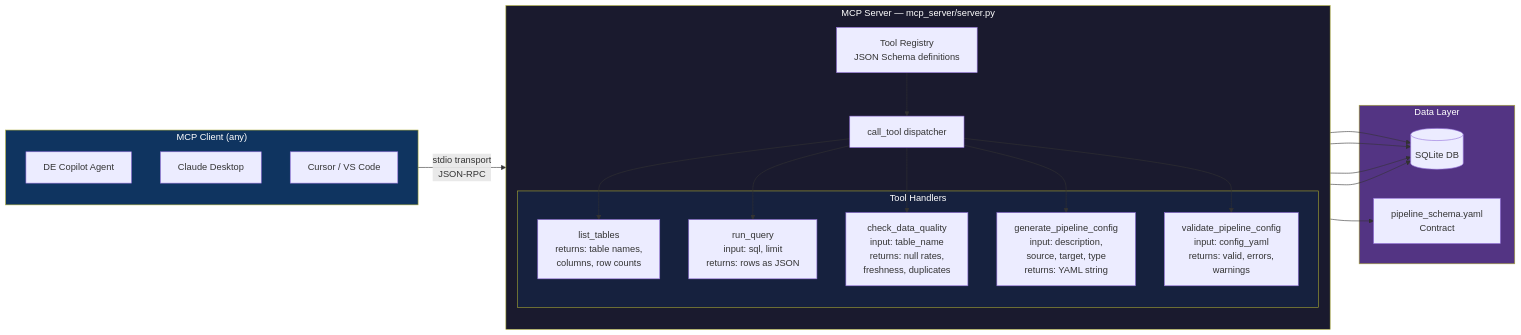
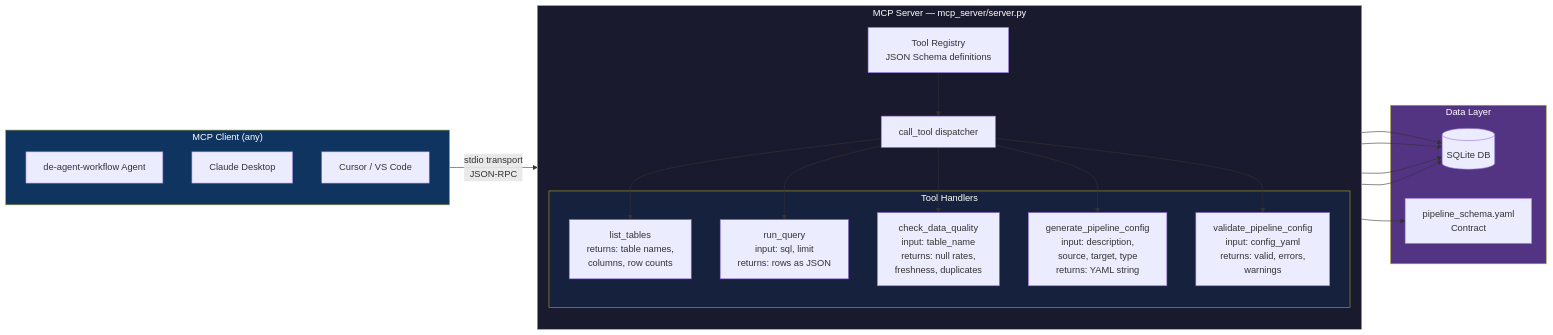
Before and after one commit to Kanishkparganiha/de-agent-workflow: the second of 4 diagrams in RUNBOOK.md, drawn with Mermaid. The commit also changed other lines of this file and 4 other files, not shown here.

Commit message:
Rename package from de-copilot to de-agent-workflow throughout

````diff
--- a/RUNBOOK.md
+++ b/RUNBOOK.md
@@ -42,40 +42,40 @@
 ```mermaid
 flowchart LR
     subgraph Client["MCP Client (any)"]
-        A1["DE Copilot Agent"]
+        A1["de-agent-workflow Agent"]
         A2["Claude Desktop"]
         A3["Cursor / VS Code"]
     end
 
     subgraph Server["MCP Server — mcp_server/server.py"]
         direction TB
         Registry["Tool Registry\nJSON Schema definitions"]
         Dispatcher["call_tool dispatcher"]
 
         subgraph Tools["Tool Handlers"]
             T1["list_tables\nreturns: table names,\ncolumns, row counts"]
             T2["run_query\ninput: sql, limit\nreturns: rows as JSON"]
             T3["check_data_quality\ninput: table_name\nreturns: null rates,\nfreshness, duplicates"]
             T4["generate_pipeline_config\ninput: description,\nsource, target, type\nreturns: YAML string"]
             T5["validate_pipeline_config\ninput: config_yaml\nreturns: valid, errors,\nwarnings"]
         end
 
         Registry --> Dispatcher
         Dispatcher --> T1 & T2 & T3 & T4 & T5
     end
 
     subgraph Data["Data Layer"]
         DB[("SQLite DB")]
         Schema["pipeline_schema.yaml\nContract"]
     end
 
     Client -->|"stdio transport\nJSON-RPC"| Server
     T1 & T2 & T3 --> DB
     T4 --> DB
     T5 --> Schema
 
     style Server fill:#1a1a2e,color:#fff
     style Tools fill:#16213e,color:#fff
     style Client fill:#0f3460,color:#fff
     style Data fill:#533483,color:#fff
 ```
````
